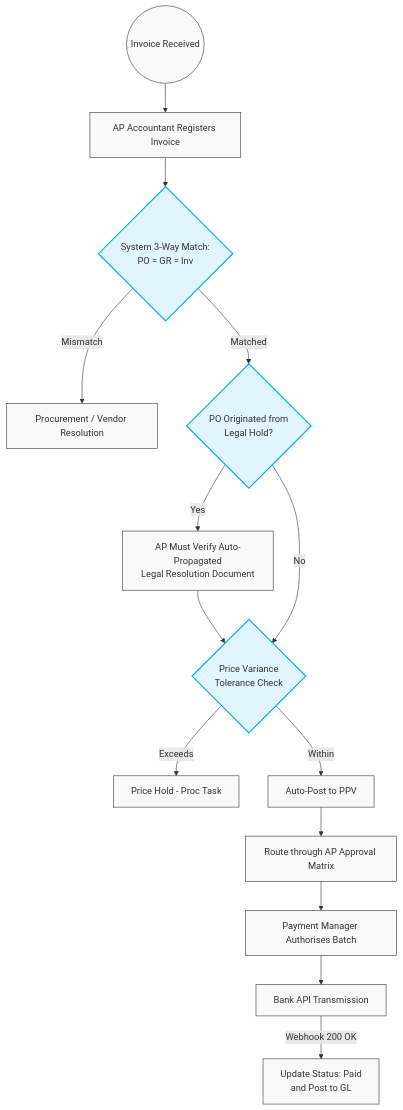
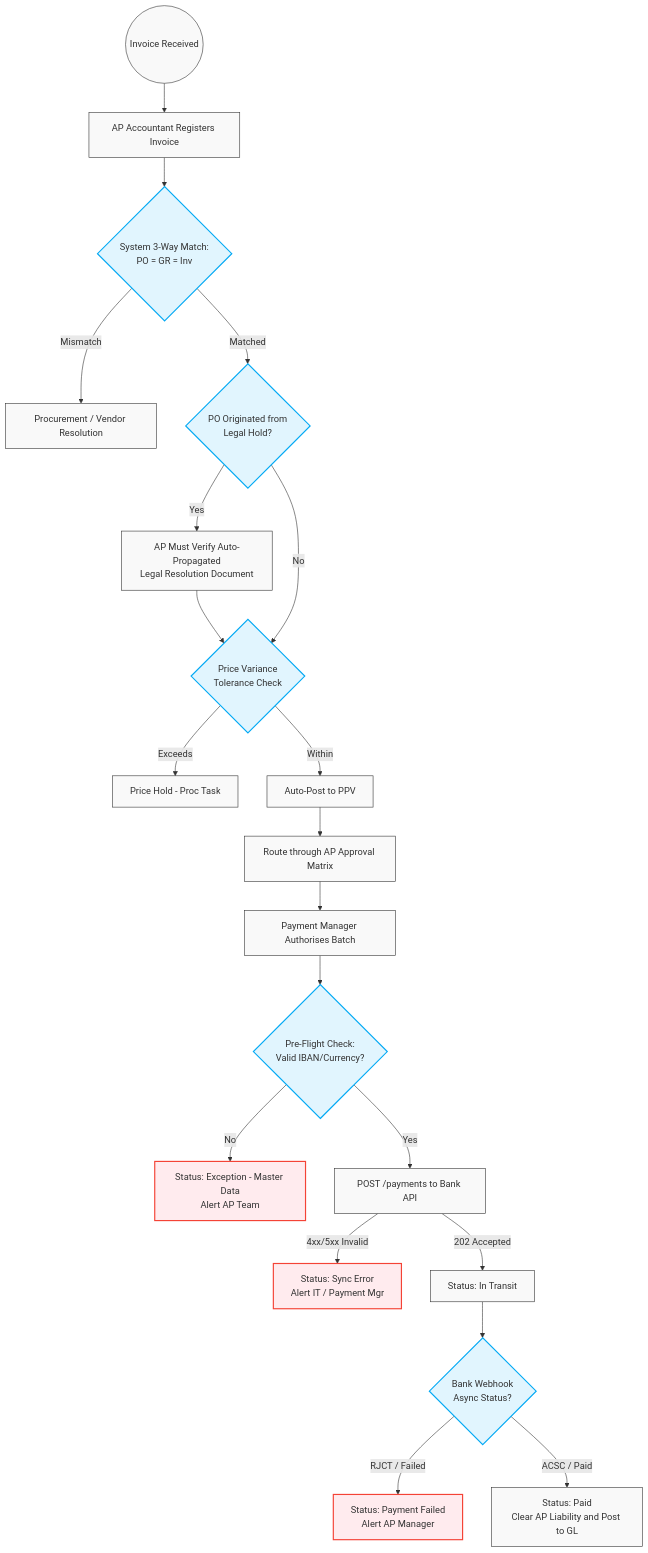
The diagram in 05_Financial_Execution_and_Payment/501_AP_Invoice_Matching.md (vikkimovcharenko/ERP-Lifecycle), drawn with Mermaid before and after one commit. The commit also changed other lines of this file, not shown here.

````diff
--- a/05_Financial_Execution_and_Payment/501_AP_Invoice_Matching.md
+++ b/05_Financial_Execution_and_Payment/501_AP_Invoice_Matching.md
@@ -31,29 +36,37 @@
 ```mermaid
 flowchart TD
     Start((Invoice Received)) --> AP[AP Accountant Registers Invoice]
     AP --> Match{System 3-Way Match:<br>PO = GR = Inv}
     
+    %% Match Logic
     Match -- Mismatch --> Resolve[Procurement / Vendor Resolution]
-    
     Match -- Matched --> ComplianceCheck{PO Originated from<br>Legal Hold?}
     
-    %% Compliance Gate
-    ComplianceCheck -- Yes --> VerifyDoc[AP Must Verify Auto-Propagated<br>Legal Resolution Document]
-    VerifyDoc --> PriceCheck
-    
+    ComplianceCheck -- Yes --> VerifyDoc[AP Must Verify Auto-Propagated<br>Legal Resolution Document] --> PriceCheck
     ComplianceCheck -- No --> PriceCheck{Price Variance<br>Tolerance Check}
     
-    %% Variance & Payment
     PriceCheck -- Exceeds --> Hold[Price Hold - Proc Task]
     PriceCheck -- Within --> PPV[Auto-Post to PPV]
     
     PPV --> APMatrix[Route through AP Approval Matrix]
     APMatrix --> PM[Payment Manager Authorises Batch]
-    PM --> API[Bank API Transmission]
     
-    API -- Webhook 200 OK --> GL[Update Status: Paid<br>and Post to GL]
+    %% Payment API Logic
+    PM --> PreFlight{Pre-Flight Check:<br>Valid IBAN/Currency?}
+    PreFlight -- No --> MasterErr[Status: Exception - Master Data<br>Alert AP Team]
+    PreFlight -- Yes --> API[POST /payments to Bank API]
+    
+    API -- 4xx/5xx Invalid --> SyncErr[Status: Sync Error<br>Alert IT / Payment Mgr]
+    API -- 202 Accepted --> InTransit[Status: In Transit]
+    
+    InTransit --> Webhook{Bank Webhook<br>Async Status?}
+    Webhook -- RJCT / Failed --> AsyncErr[Status: Payment Failed<br>Alert AP Manager]
+    Webhook -- ACSC / Paid --> GL[Status: Paid<br>Clear AP Liability and Post to GL]
 
     classDef default fill:#f9f9f9,stroke:#333,stroke-width:1px;
     classDef decision fill:#e1f5fe,stroke:#03a9f4,stroke-width:2px;
-    class Match,ComplianceCheck,PriceCheck decision;
+    classDef errorState fill:#ffebee,stroke:#f44336,stroke-width:2px;
+    
+    class Match,ComplianceCheck,PriceCheck,PreFlight,Webhook decision;
+    class MasterErr,SyncErr,AsyncErr errorState;
 ```
````
